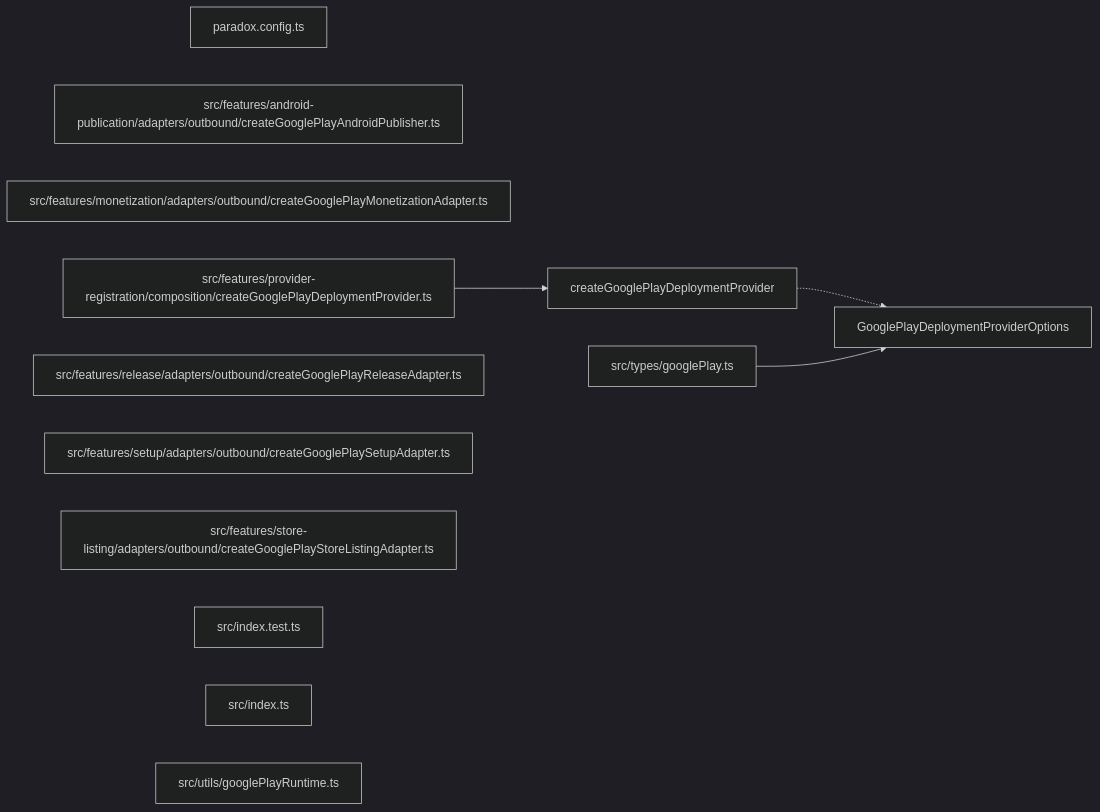
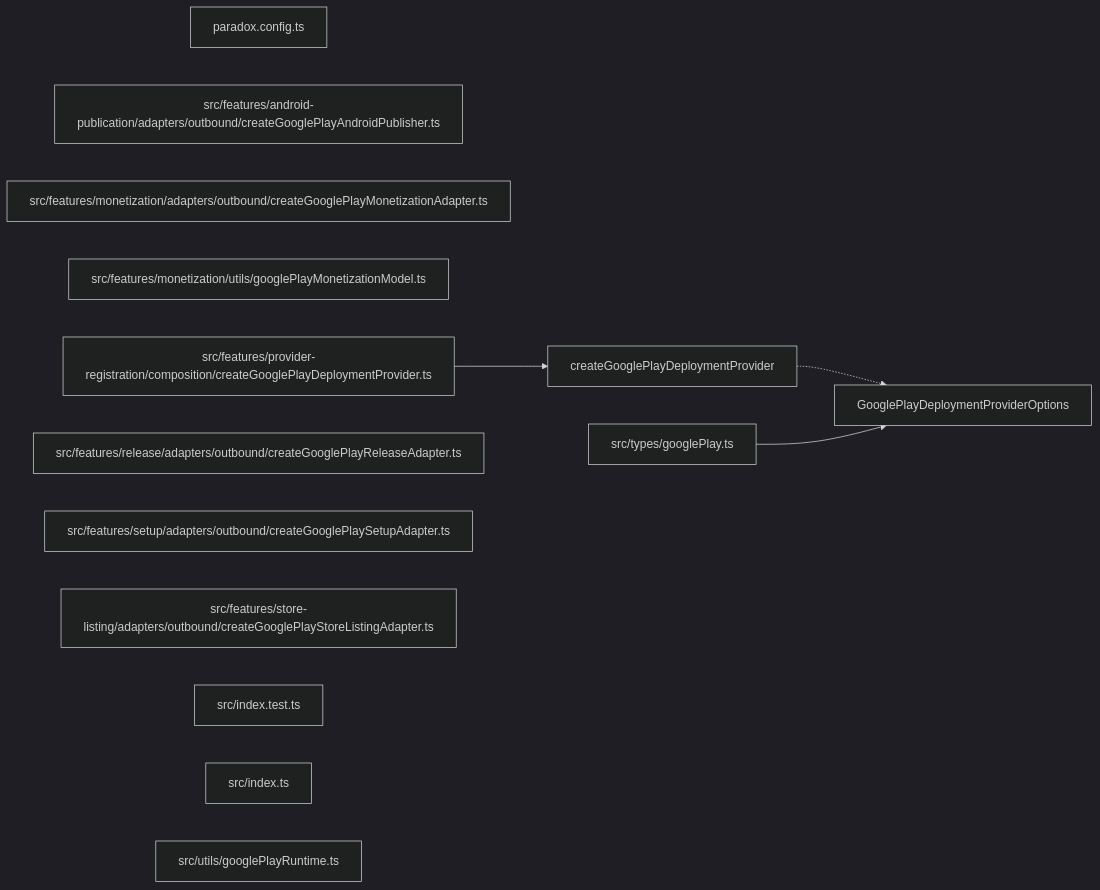
The diagram in paradox/diagrams/export-graph.mmd (ankhorage/deploy-provider-google-play), drawn with Mermaid (dark theme) before and after one commit. The commit also changed 5 other files, not shown here.

Commit message:
chore: prepare Google Play provider [prepared]

```diff
--- a/paradox/diagrams/export-graph.mmd
+++ b/paradox/diagrams/export-graph.mmd
@@ -1,17 +1,18 @@
 graph LR
   module_paradox_config_ts["paradox.config.ts"]
   module_src_features_android_publication_adapters_outbound_createGooglePlayAndroidPublisher_ts["src/features/android-publication/adapters/outbound/createGooglePlayAndroidPublisher.ts"]
   module_src_features_monetization_adapters_outbound_createGooglePlayMonetizationAdapter_ts["src/features/monetization/adapters/outbound/createGooglePlayMonetizationAdapter.ts"]
+  module_src_features_monetization_utils_googlePlayMonetizationModel_ts["src/features/monetization/utils/googlePlayMonetizationModel.ts"]
   module_src_features_provider_registration_composition_createGooglePlayDeploymentProvider_ts["src/features/provider-registration/composition/createGooglePlayDeploymentProvider.ts"]
   module_src_features_release_adapters_outbound_createGooglePlayReleaseAdapter_ts["src/features/release/adapters/outbound/createGooglePlayReleaseAdapter.ts"]
   module_src_features_setup_adapters_outbound_createGooglePlaySetupAdapter_ts["src/features/setup/adapters/outbound/createGooglePlaySetupAdapter.ts"]
   module_src_features_store_listing_adapters_outbound_createGooglePlayStoreListingAdapter_ts["src/features/store-listing/adapters/outbound/createGooglePlayStoreListingAdapter.ts"]
   module_src_index_test_ts["src/index.test.ts"]
   module_src_index_ts["src/index.ts"]
   module_src_types_googlePlay_ts["src/types/googlePlay.ts"]
   module_src_utils_googlePlayRuntime_ts["src/utils/googlePlayRuntime.ts"]
   export_createGooglePlayDeploymentProvider["createGooglePlayDeploymentProvider"]
   module_src_features_provider_registration_composition_createGooglePlayDeploymentProvider_ts --> export_createGooglePlayDeploymentProvider
   export_createGooglePlayDeploymentProvider -.-> export_GooglePlayDeploymentProviderOptions
   export_GooglePlayDeploymentProviderOptions["GooglePlayDeploymentProviderOptions"]
   module_src_types_googlePlay_ts --> export_GooglePlayDeploymentProviderOptions
```
